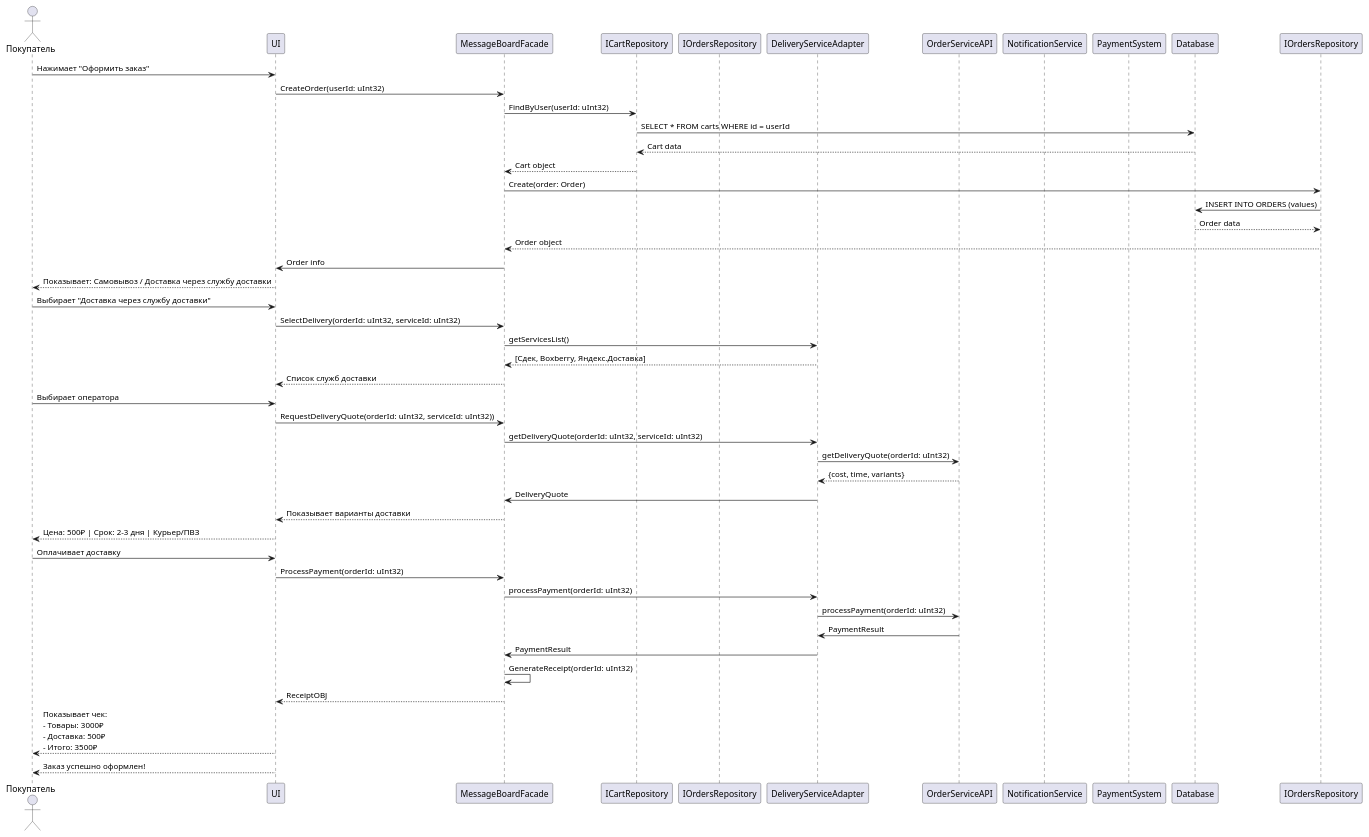
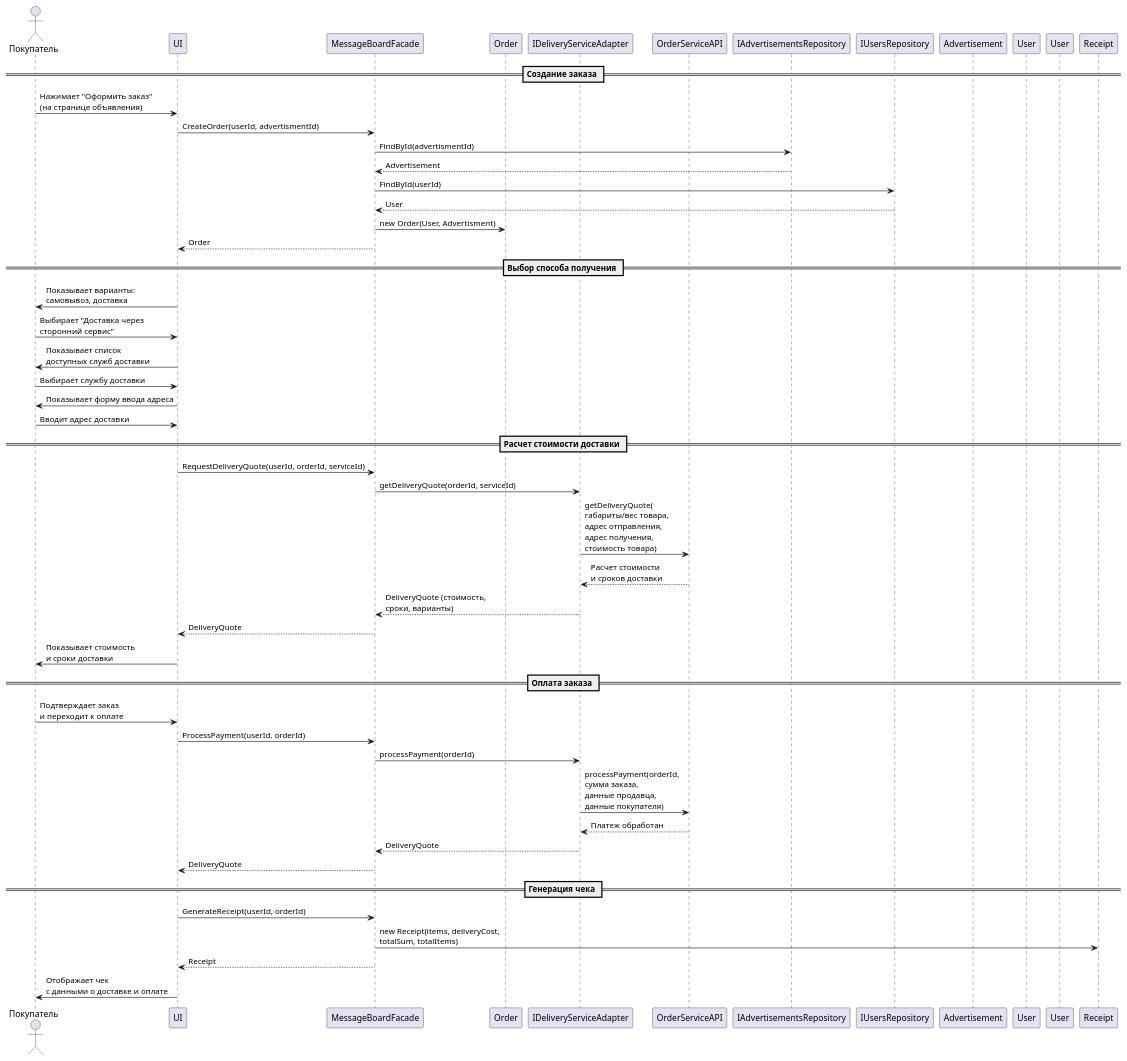
Before and after one commit to penamarth/bsbo-02-23_team3_var13_messboard: the diagram in Оформление заказа (Архипенков В.О.)/Диаграмма последовательности.md, drawn with PlantUML.

Commit message:
Update Диаграмма последовательности.md

````diff
--- a/Оформление заказа (Архипенков В.О.)/Диаграмма последовательности.md
+++ b/Оформление заказа (Архипенков В.О.)/Диаграмма последовательности.md
@@ -1,58 +1,82 @@
 ```plantuml
 @startuml
 actor Покупатель
 participant "UI" as UI
-participant "MessageBoardFacade" as Facade
-participant "ICartRepository" as CartRepo
-participant "IOrdersRepository" as OrderRepo
-participant "DeliveryServiceAdapter" as DeliveryAdapter
+participant "MessageBoardFacade" as MBF
+participant "Order" as Order
+participant "IDeliveryServiceAdapter" as Adapter
 participant "OrderServiceAPI" as DeliveryAPI
-participant "NotificationService" as NotifyService
-participant "PaymentSystem" as Payment
-participant "Database" as DB
+participant "IAdvertisementsRepository" as AdvRepo
+participant "IUsersRepository" as UserRepo
+participant "Advertisement" as Ad
+participant "User" as Seller
+participant "User" as Buyer
+participant "Receipt" as Receipt
 
-Покупатель -> UI: Нажимает "Оформить заказ"
-UI -> Facade: СreateOrder(userId: uInt32)
-Facade -> CartRepo: FindByUser(userId: uInt32)
-CartRepo -> DB: SELECT * FROM carts WHERE id = userId
-DB --> CartRepo: Cart data
-CartRepo --> Facade: Cart object
-Facade -> IOrdersRepository: Create(order: Order)
-IOrdersRepository -> DB: INSERT INTO ORDERS (values)
-DB --> IOrdersRepository : Order data
-IOrdersRepository --> Facade: Order object
+== Создание заказа ==
 
-Facade -> UI: Order info
-UI --> Покупатель: Показывает: Самовывоз / Доставка через службу доставки
+Покупатель -> UI: Нажимает "Оформить заказ"\n(на странице объявления)
 
-Покупатель -> UI: Выбирает "Доставка через службу доставки"
-UI -> Facade: SelectDelivery(orderId: uInt32, serviceId: uInt32)
-Facade -> DeliveryAdapter: getServicesList()
-DeliveryAdapter --> Facade: [Сдек, Boxberry, Яндекс.Доставка]
-Facade --> UI: Список служб доставки
+UI -> MBF: CreateOrder(userId, advertismentId)
+MBF -> AdvRepo: FindById(advertismentId)
+AdvRepo --> MBF: Advertisement
+MBF -> UserRepo: FindById(userId)
+UserRepo --> MBF: User
+MBF -> Order: new Order(User, Advertisment)
+MBF --> UI: Order
 
-Покупатель -> UI: Выбирает оператора
-UI -> Facade: RequestDeliveryQuote(orderId: uInt32, serviceId: uInt32))
+== Выбор способа получения ==
 
-Facade -> DeliveryAdapter: getDeliveryQuote(orderId: uInt32, serviceId: uInt32)
-DeliveryAdapter -> DeliveryAPI: getDeliveryQuote(orderId: uInt32)
-DeliveryAPI --> DeliveryAdapter: {cost, time, variants}
-DeliveryAdapter -> Facade: DeliveryQuote
+UI -> Покупатель: Показывает варианты:\nсамовывоз, доставка
 
-Facade --> UI: Показывает варианты доставки
-UI --> Покупатель: Цена: 500₽ | Срок: 2-3 дня | Курьер/ПВЗ
+Покупатель -> UI: Выбирает "Доставка через\nсторонний сервис"
 
-Покупатель -> UI: Оплачивает доставку
-UI -> Facade: ProcessPayment(orderId: uInt32)
-Facade -> DeliveryAdapter:processPayment(orderId: uInt32)
-DeliveryAdapter -> DeliveryAPI: processPayment(orderId: uInt32)
-DeliveryAPI -> DeliveryAdapter: PaymentResult
-DeliveryAdapter -> Facade: PaymentResult
-Facade -> Facade: GenerateReceipt(orderId: uInt32)
-Facade --> UI: ReceiptOBJ
+UI -> Покупатель: Показывает список\nдоступных служб доставки
 
-UI --> Покупатель: Показывает чек:\n- Товары: 3000₽\n- Доставка: 500₽\n- Итого: 3500₽
+Покупатель -> UI: Выбирает службу доставки
 
-UI --> Покупатель: Заказ успешно оформлен!
+UI -> Покупатель: Показывает форму ввода адреса
+
+Покупатель -> UI: Вводит адрес доставки
+
+== Расчет стоимости доставки ==
+
+UI -> MBF: RequestDeliveryQuote(userId, orderId, serviceId)
+
+MBF -> Adapter: getDeliveryQuote(orderId, serviceId)
+
+Adapter -> DeliveryAPI: getDeliveryQuote(\nгабариты/вес товара,\nадрес отправления,\nадрес получения,\nстоимость товара)
+
+DeliveryAPI --> Adapter: Расчет стоимости\nи сроков доставки
+
+Adapter --> MBF: DeliveryQuote (стоимость,\nсроки, варианты)
+
+MBF --> UI: DeliveryQuote
+
+UI -> Покупатель: Показывает стоимость\nи сроки доставки
+
+== Оплата заказа ==
+
+Покупатель -> UI: Подтверждает заказ\nи переходит к оплате
+
+UI -> MBF: ProcessPayment(userId, orderId)
+
+MBF -> Adapter: processPayment(orderId)
+
+Adapter -> DeliveryAPI: processPayment(orderId,\nсумма заказа,\nданные продавца,\nданные покупателя)
+
+DeliveryAPI --> Adapter: Платеж обработан
+Adapter --> MBF: DeliveryQuote
+MBF --> UI: DeliveryQuote
+
+== Генерация чека ==
+
+UI -> MBF: GenerateReceipt(userId, orderId)
+
+MBF -> Receipt: new Receipt(items, deliveryCost, \ntotalSum, totalItems)
+
+MBF --> UI: Receipt
+
+UI -> Покупатель: Отображает чек\nс данными о доставке и оплате
 @enduml
 ```
````
